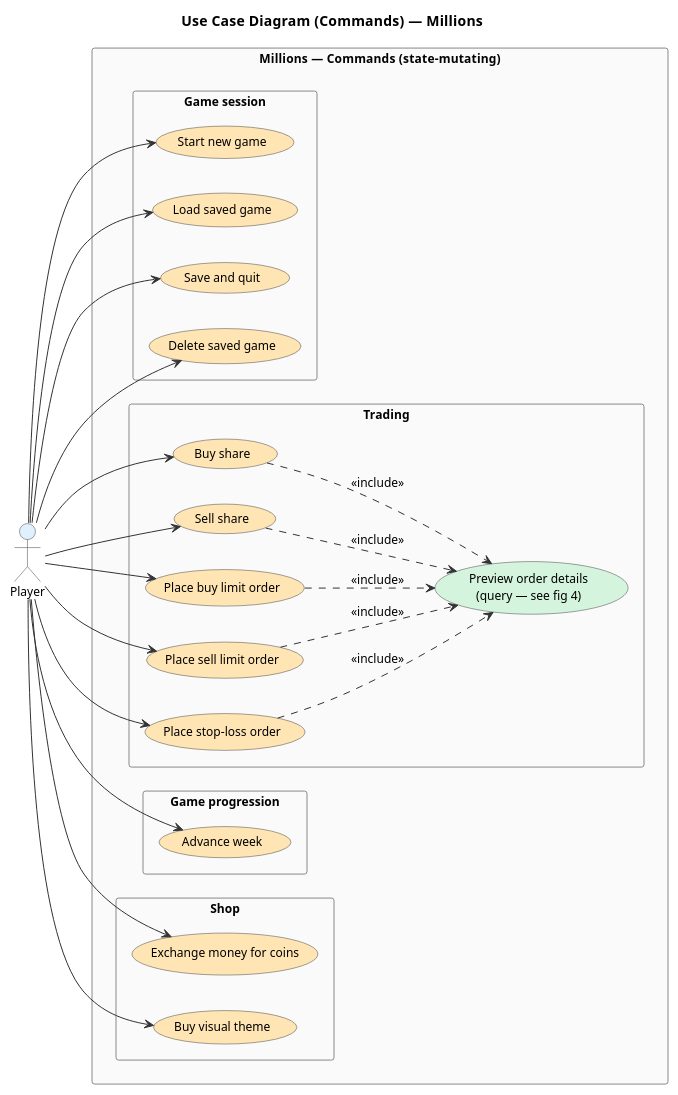
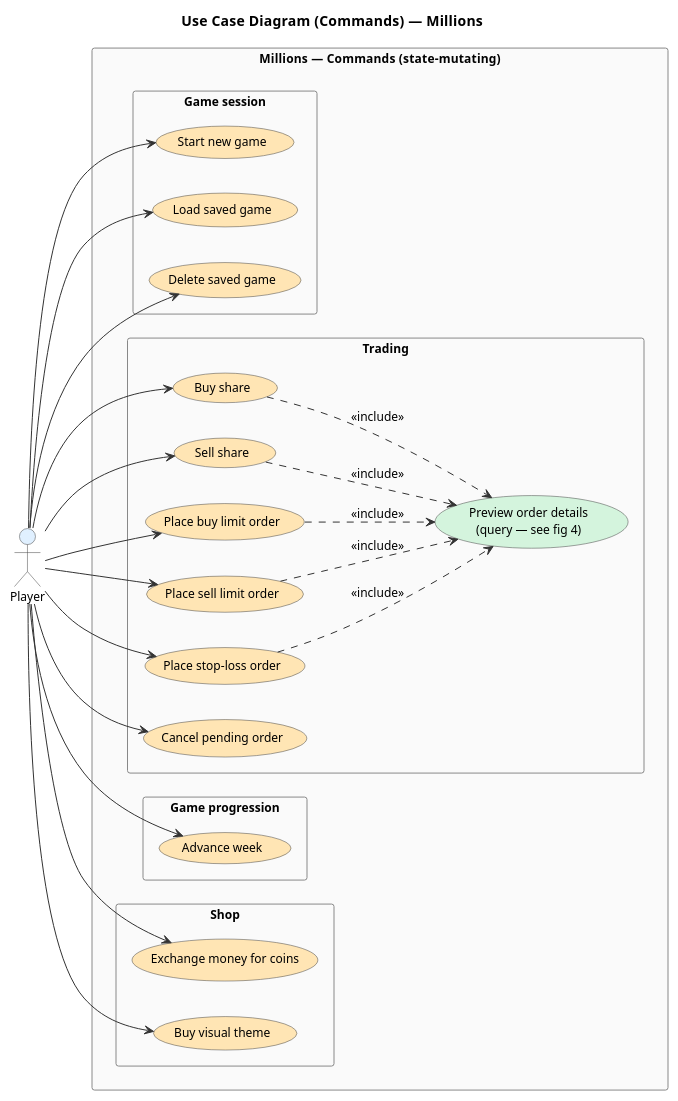
Before and after one commit to Kvestboe/Millions: the diagram in diagrams/6a-use-cases-commands.puml, drawn with PlantUML. The commit also changed 3 other files, not shown here.

Commit message:
docs(diagrams): sync use case and architecture diagrams with current codebase

```diff
--- a/diagrams/6a-use-cases-commands.puml
+++ b/diagrams/6a-use-cases-commands.puml
@@ -1,72 +1,72 @@
 @startuml use-cases-commands
 title Use Case Diagram (Commands)  —  Millions
 
 left to right direction
 
 skinparam defaultFontSize 12
 skinparam packageStyle rectangle
 skinparam usecase {
   BackgroundColor #FFE5B4
   BorderColor #444444
   ArrowColor #333333
 }
 skinparam actor {
   BackgroundColor #E0F0FF
   BorderColor #444444
 }
 skinparam packageBackgroundColor #FAFAFA
 skinparam packageBorderColor #888888
 
 actor "Player" as player
 
 rectangle "Millions  —  Commands (state-mutating)" {
 
   package "Game session" {
     usecase "Start new game" as UC_NEW
     usecase "Load saved game" as UC_LOAD
-    usecase "Save and quit" as UC_SAVE
     usecase "Delete saved game" as UC_DELETE
   }
 
   package "Trading" {
     usecase "Buy share" as UC_BUY
     usecase "Sell share" as UC_SELL
     usecase "Place buy limit order" as UC_LBUY
     usecase "Place sell limit order" as UC_LSELL
     usecase "Place stop-loss order" as UC_STOP
+    usecase "Cancel pending order" as UC_CANCEL
     usecase "Preview order details\n(query — see fig 4)" as UC_PREVIEW #D4F4DD
   }
 
   package "Game progression" {
     usecase "Advance week" as UC_WEEK
   }
 
   package "Shop" {
     usecase "Exchange money for coins" as UC_COINS
     usecase "Buy visual theme" as UC_THEME
   }
 }
 
 player --> UC_NEW
 player --> UC_LOAD
-player --> UC_SAVE
 player --> UC_DELETE
 
 player --> UC_BUY
 player --> UC_SELL
 player --> UC_LBUY
 player --> UC_LSELL
 player --> UC_STOP
+player --> UC_CANCEL
 
 player --> UC_WEEK
 
 player --> UC_COINS
 player --> UC_THEME
 
 UC_BUY   ..> UC_PREVIEW : <<include>>
 UC_SELL  ..> UC_PREVIEW : <<include>>
 UC_LBUY  ..> UC_PREVIEW : <<include>>
 UC_LSELL ..> UC_PREVIEW : <<include>>
 UC_STOP  ..> UC_PREVIEW : <<include>>
 
 @enduml
```
